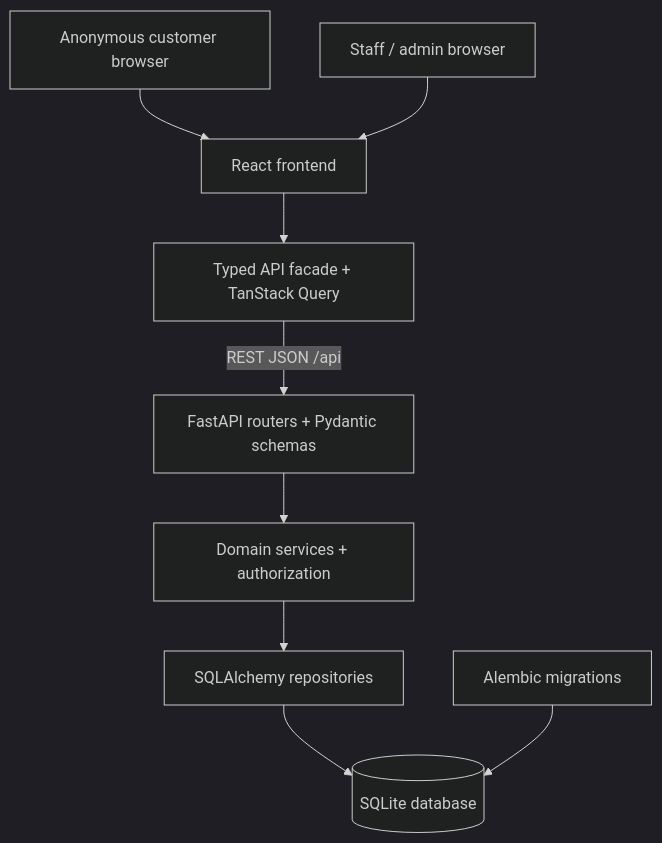
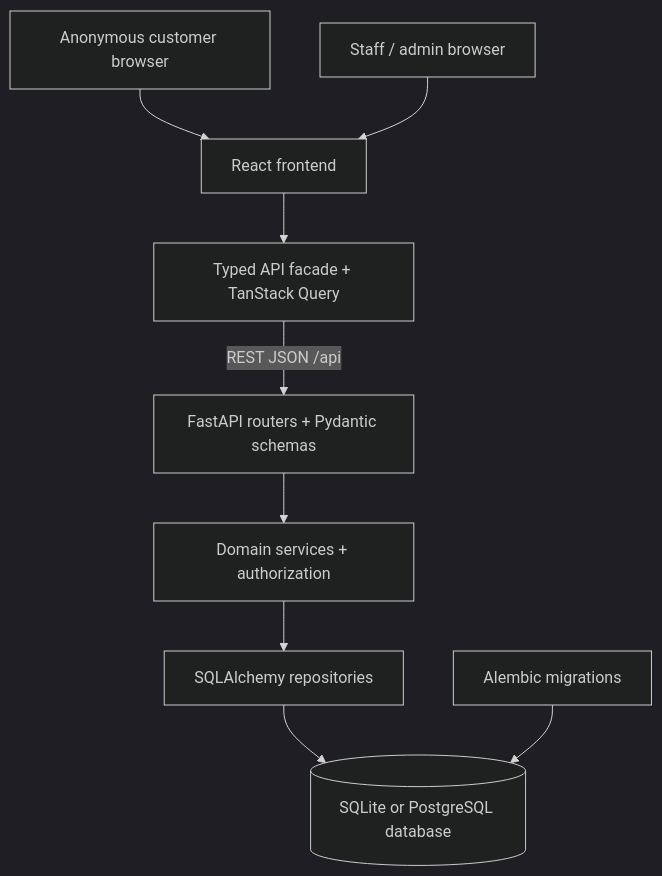
One commit to dooloe/backend-ready-frontend changed the diagram in docs/architecture.md. Above: the diagram before and after it, drawn with Mermaid (dark theme). The commit also changed other lines of this file and 10 other files, not shown here.

Commit message:
test(deploy): verify PostgreSQL container persistence (#74)

````diff
--- a/docs/architecture.md
+++ b/docs/architecture.md
@@ -29,11 +29,11 @@
 ```mermaid
 flowchart TD
     Customer[Anonymous customer browser] --> UI[React frontend]
     Staff[Staff / admin browser] --> UI
     UI --> Client[Typed API facade + TanStack Query]
     Client -->|REST JSON /api| Routes[FastAPI routers + Pydantic schemas]
     Routes --> Services[Domain services + authorization]
     Services --> Repositories[SQLAlchemy repositories]
-    Repositories --> DB[(SQLite database)]
+    Repositories --> DB[(SQLite or PostgreSQL database)]
     Alembic[Alembic migrations] --> DB
 ```
````
